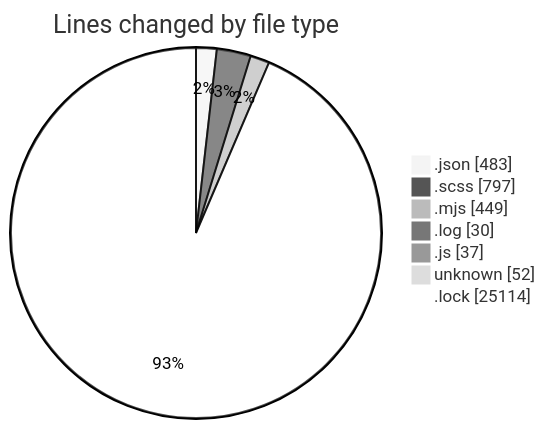
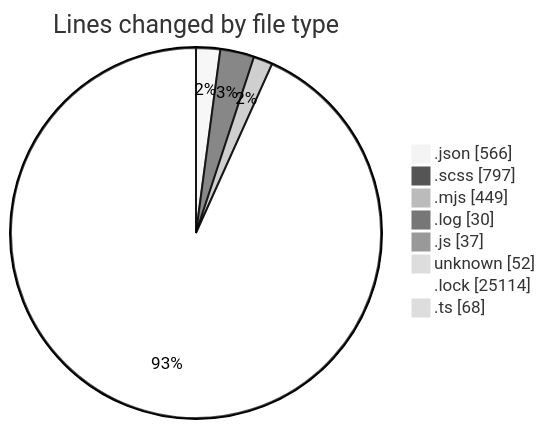
One commit to momahboobian/code-tracking changed the first of 2 diagrams in 2026-08-12/cda/README.md. Above: the diagram before and after it, drawn with Mermaid (neutral theme). The commit also changed other lines of this file and 1 other file, not shown here.

````diff
--- a/2026-08-12/cda/README.md
+++ b/2026-08-12/cda/README.md
@@ -39,11 +41,12 @@
 ```mermaid
 pie showData
 title Lines changed by file type
-".json" : 483
+".json" : 566
 ".scss" : 797
 ".mjs" : 449
 ".log" : 30
 ".js" : 37
 "unknown" : 52
 ".lock" : 25114
+".ts" : 68
 ```
````
